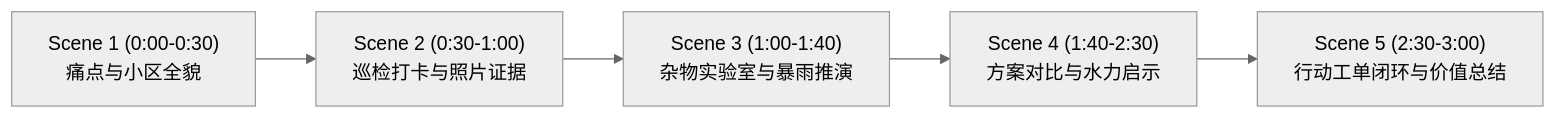
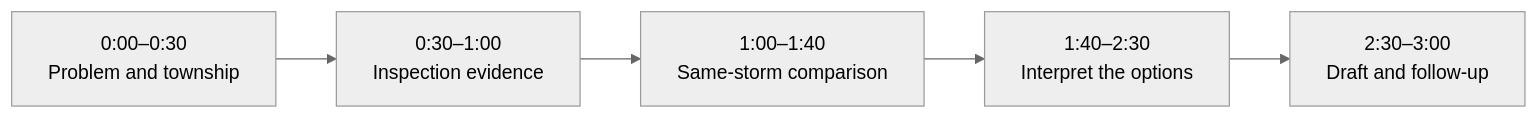
The diagram in md/DEMO_RUNBOOK.md (HongHanTan/SDPHack), drawn with Mermaid (neutral theme) before and after one commit. The commit also changed other lines of this file and 10 other files, not shown here.

````diff
--- a/md/DEMO_RUNBOOK.md
+++ b/md/DEMO_RUNBOOK.md
@@ -11,7 +22,7 @@
 ```mermaid
 flowchart LR
-    A["Scene 1 (0:00-0:30)<br>痛点与小区全貌"] --> B["Scene 2 (0:30-1:00)<br>巡检打卡与照片证据"]
-    B --> C["Scene 3 (1:00-1:40)<br>杂物实验室与暴雨推演"]
-    C --> D["Scene 4 (1:40-2:30)<br>方案对比与水力启示"]
-    D --> E["Scene 5 (2:30-3:00)<br>行动工单闭环与价值总结"]
+    A["0:00–0:30<br>Problem and township"] --> B["0:30–1:00<br>Inspection evidence"]
+    B --> C["1:00–1:40<br>Same-storm comparison"]
+    C --> D["1:40–2:30<br>Interpret the options"]
+    D --> E["2:30–3:00<br>Draft and follow-up"]
 ```
````
